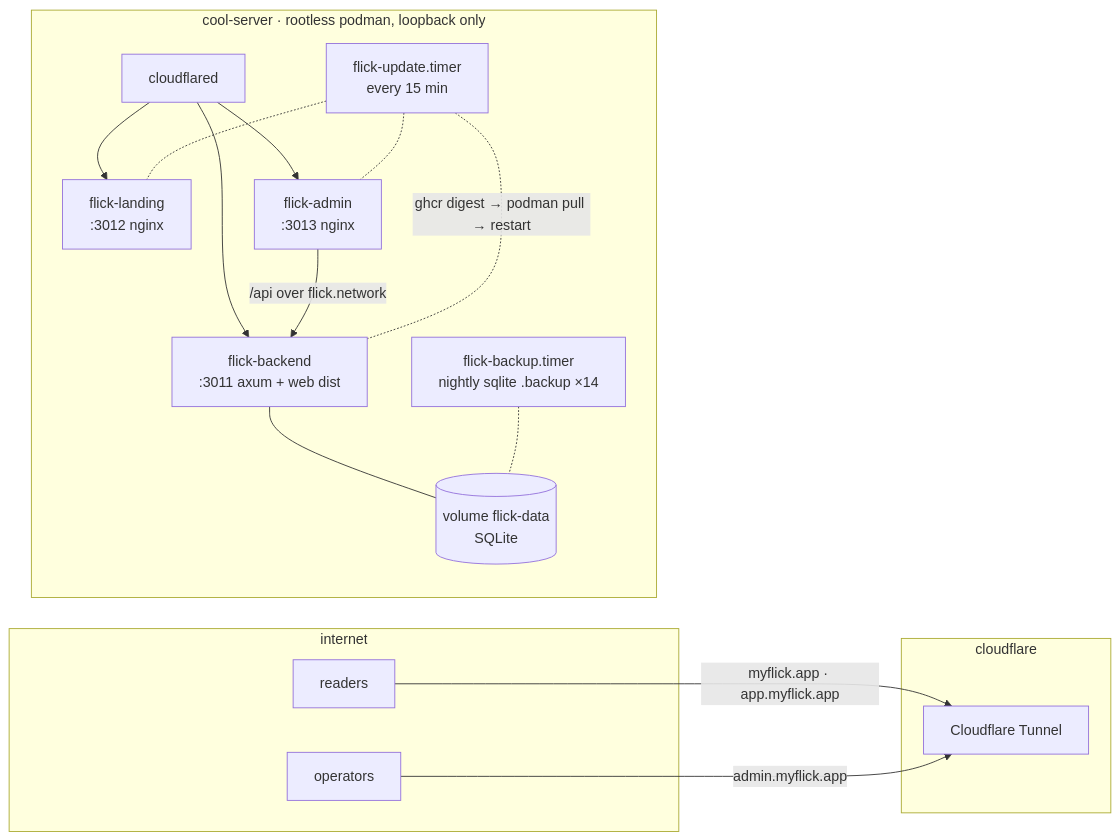
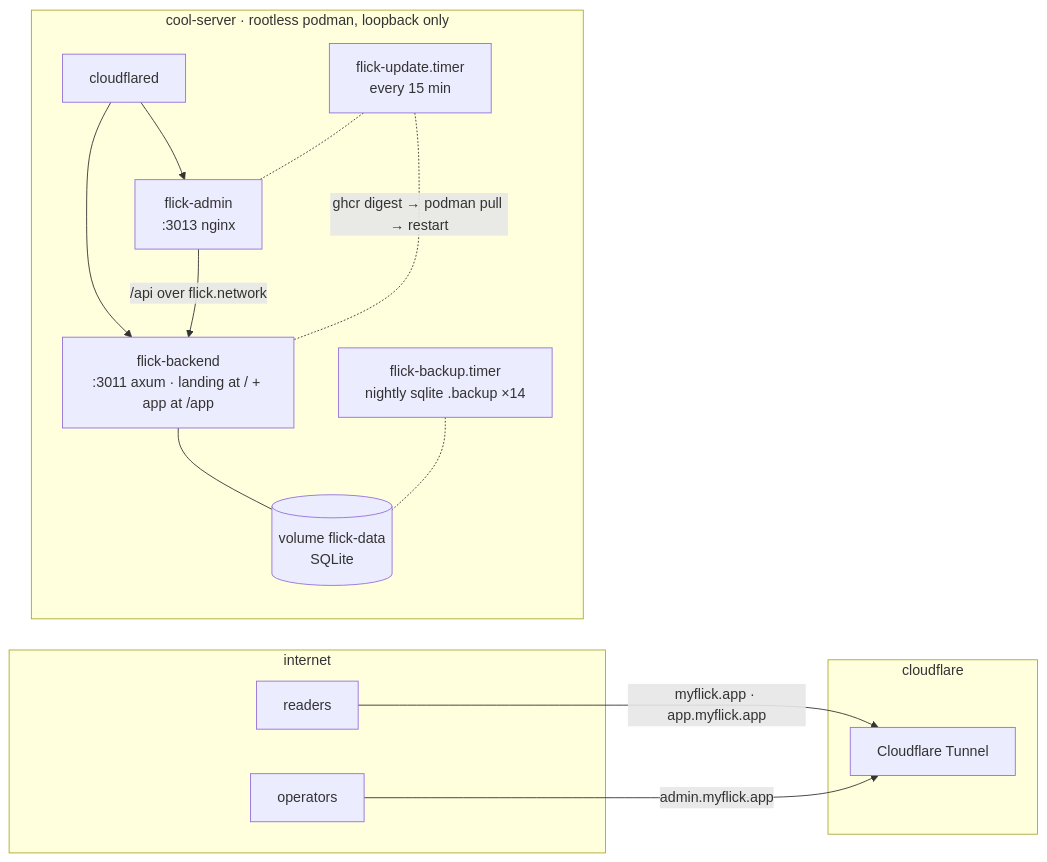
One commit to one-more-refactor/flick changed the fourth of 4 diagrams in docs/architecture.md. Above: the diagram before and after it, drawn with Mermaid. The commit also changed other lines of this file and 4 other files, not shown here.

First line of the commit message:
docs: flick-landing and corepanel merged into their consumers

````diff
--- a/docs/architecture.md
+++ b/docs/architecture.md
@@ -190,23 +189,21 @@
 ```mermaid
 flowchart LR
     subgraph internet
         u["readers"]
         o["operators"]
     end
     subgraph cloudflare
         cf["Cloudflare Tunnel"]
     end
     u -- "myflick.app · app.myflick.app" --> cf
     o -- "admin.myflick.app" --> cf
     subgraph box["cool-server · rootless podman, loopback only"]
-        cfd["cloudflared"] --> l["flick-landing<br/>:3012 nginx"]
-        cfd --> b["flick-backend<br/>:3011 axum + web dist"]
+        cfd["cloudflared"] --> b["flick-backend<br/>:3011 axum · landing at / + app at /app"]
         cfd --> a["flick-admin<br/>:3013 nginx"]
         a -- "/api over flick.network" --> b
         b --- v[("volume flick-data<br/>SQLite")]
         t["flick-update.timer<br/>every 15 min"] -. "ghcr digest → podman pull → restart" .- b
-        t -.- l
         t -.- a
         bk["flick-backup.timer<br/>nightly sqlite .backup ×14"] -.- v
     end
 ```
````
